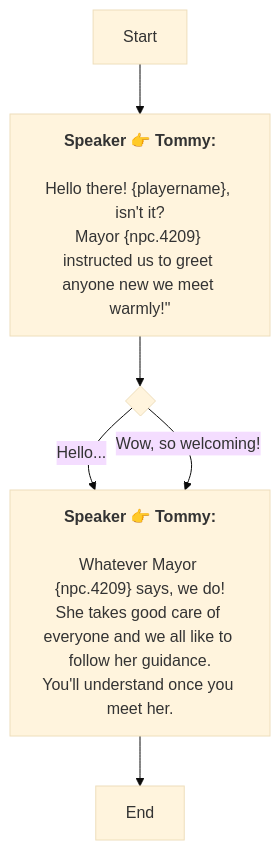
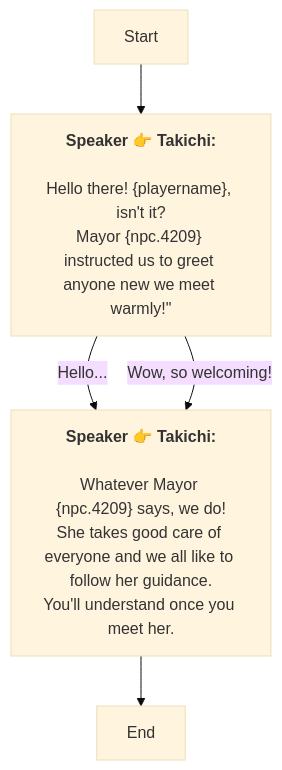
Before and after one commit to SoftHu/tos_avg: the diagram in En/AddDialogNode_1741891507856655.md, drawn with Mermaid (base theme). The commit also changed 737 other files, not shown here.

````diff
--- a/En/AddDialogNode_1741891507856655.md
+++ b/En/AddDialogNode_1741891507856655.md
@@ -1,20 +1,16 @@
 ```mermaid
 graph
-Start -->1741899941162299[<b>Speaker 👉 Tommy:</b>
-
-Hello there! &lbrace;playername&rbrace;, isn't it?
+Start -->1741899941162299[<b>Speaker 👉 Takichi:</b>
+\nHello there! &lbrace;playername&rbrace;, isn't it?
 Mayor &lbrace;npc.4209&rbrace; instructed us to greet anyone new we meet warmly!&quot;]
-1741899941162299 -->1741900441455932{ }
-1741900441455932 -->|Hello...|1741900457358657[<b>Speaker 👉 Tommy:</b>
-
-Whatever Mayor &lbrace;npc.4209&rbrace; says, we do!
+1741899941162299 -->|Hello...|1741900457358657[<b>Speaker 👉 Takichi:</b>
+\nWhatever Mayor &lbrace;npc.4209&rbrace; says, we do!
 She takes good care of everyone and we all like to follow her guidance.
 You'll understand once you meet her.]
-1741900441455932 -->|Wow, so welcoming!|1741900457358657[<b>Speaker 👉 Tommy:</b>
-
-Whatever Mayor &lbrace;npc.4209&rbrace; says, we do!
+1741899941162299 -->|Wow, so welcoming!|1741900457358657[<b>Speaker 👉 Takichi:</b>
+\nWhatever Mayor &lbrace;npc.4209&rbrace; says, we do!
 She takes good care of everyone and we all like to follow her guidance.
 You'll understand once you meet her.]
 1741900457358657 -->1741900507553090[End]
 
- ```
+```
````
